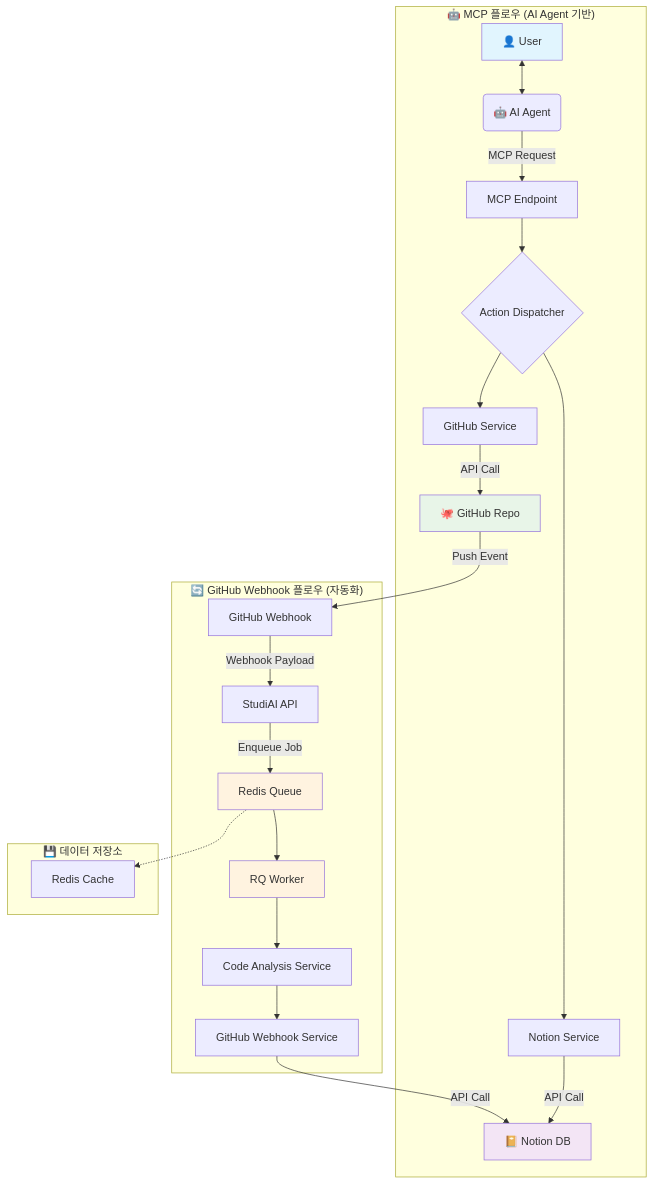
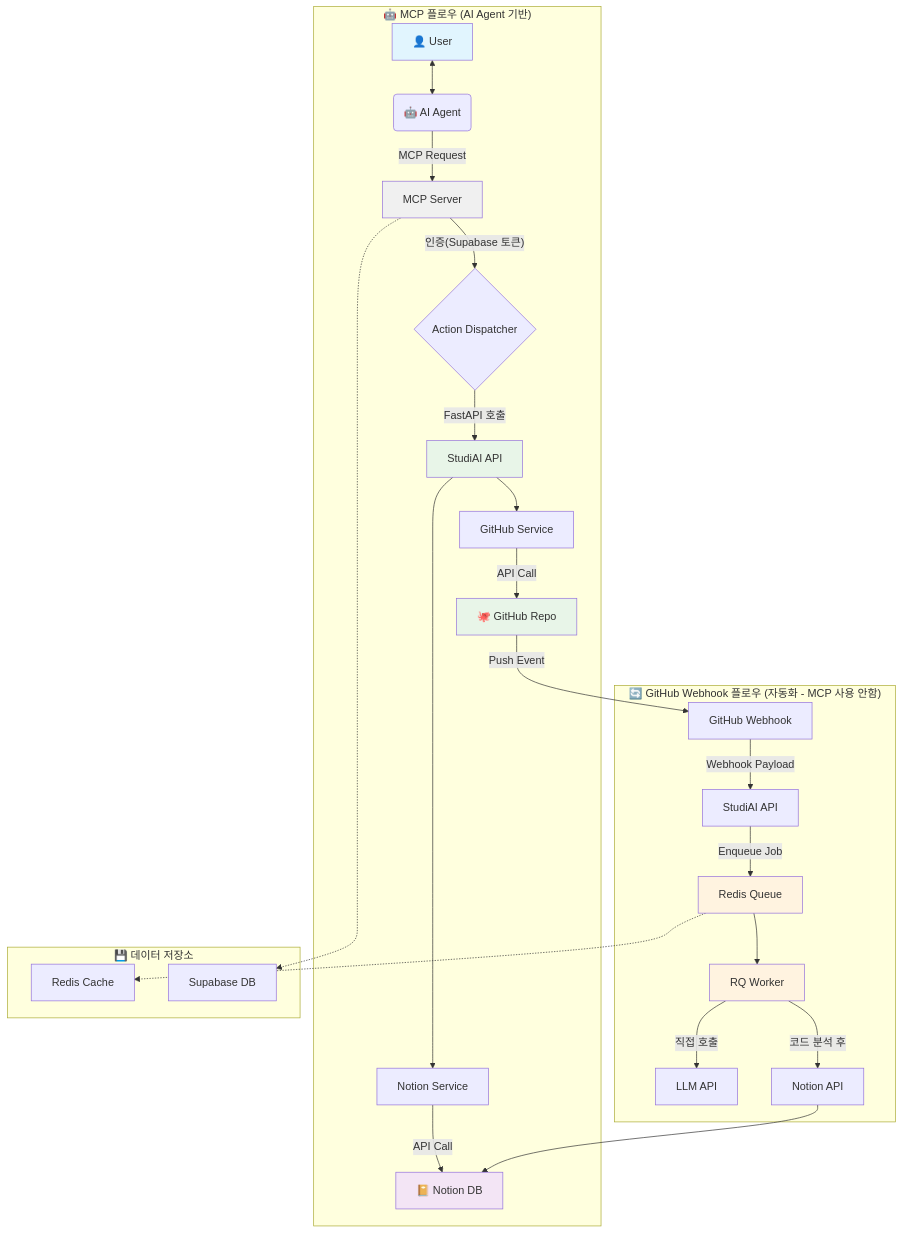
Before and after one commit to junyeobee/StudiAI: the diagram in README.md, drawn with Mermaid. The commit also changed other lines of this file, not shown here.

````diff
--- a/README.md
+++ b/README.md
@@ -53,35 +53,40 @@
 ```mermaid
 graph TD
     subgraph "🤖 MCP 플로우 (AI Agent 기반)"
         A[👤 User] <--> B(🤖 AI Agent)
-        B -- "MCP Request" --> C[MCP Endpoint]
-        C --> D{Action Dispatcher}
-        D --> E[Notion Service]
-        D --> F[GitHub Service]
-        E -- "API Call" --> H[📔 Notion DB]
-        F -- "API Call" --> I[🐙 GitHub Repo]
+        B -- "MCP Request" --> C[MCP Server]
+        C -- "인증(Supabase 토큰)" --> D{Action Dispatcher}
+        D -- "FastAPI 호출" --> E[StudiAI API]
+        E --> F[Notion Service]
+        E --> G[GitHub Service]
+        F -- "API Call" --> H[📔 Notion DB]
+        G -- "API Call" --> I[🐙 GitHub Repo]
     end
 
-    subgraph "🔄 GitHub Webhook 플로우 (자동화)"
+    subgraph "🔄 GitHub Webhook 플로우 (자동화 - MCP 사용 안함)"
         I -- "Push Event" --> J[GitHub Webhook]
         J -- "Webhook Payload" --> K[StudiAI API]
         K -- "Enqueue Job" --> L[Redis Queue]
         L --> M[RQ Worker]
-        M --> N[Code Analysis Service]
-        N --> O[GitHub Webhook Service]
-        O -- "API Call" --> H
+        M -- "직접 호출" --> N[LLM API]
+        M -- "코드 분석 후" --> O[Notion API]
+        O --> H
     end
 
     subgraph "💾 데이터 저장소"
         H[📔 Notion DB]
         I[🐙 GitHub Repo]
         P[Redis Cache]
+        Q[Supabase DB]
     end
 
+    C -.-> Q
     L -.-> P
     style A fill:#e1f5fe
     style H fill:#f3e5f5
     style I fill:#e8f5e8
     style L fill:#fff3e0
     style M fill:#fff3e0
+    style C fill:#f0f0f0
+    style E fill:#e8f5e8
 ```
````
